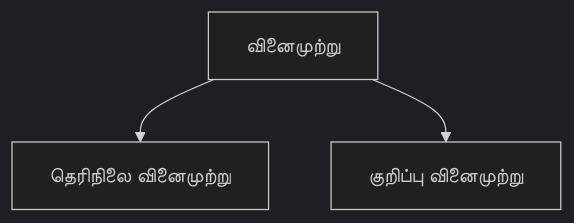
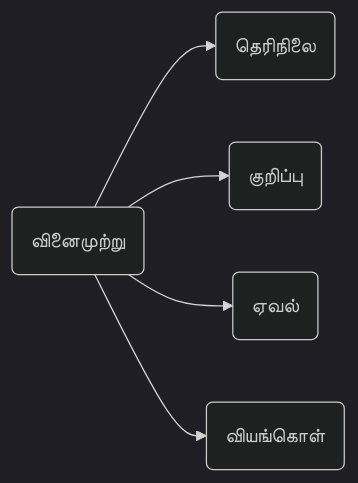
The first of 2 diagrams in இலக்கணம்/2.வினைமுற்று.md (gharishkumar/Tamil), drawn with Mermaid (dark theme) before and after one commit. The commit also changed other lines of this file and 9 other files, not shown here.

````diff
--- a/இலக்கணம்/2.வினைமுற்று.md
+++ b/இலக்கணம்/2.வினைமுற்று.md
@@ -10,6 +11,8 @@
 ```mermaid
-graph TD;
-	A["வினைமுற்று"]
-    A-->B["தெரிநிலை வினைமுற்று"];
-    A-->C["குறிப்பு வினைமுற்று"];
+graph LR;
+	A("வினைமுற்று");
+    A-->B("தெரிநிலை");
+    A-->C("குறிப்பு");
+    A-->D("ஏவல்");
+    A-->E("வியங்கொள்");
 ```
````
